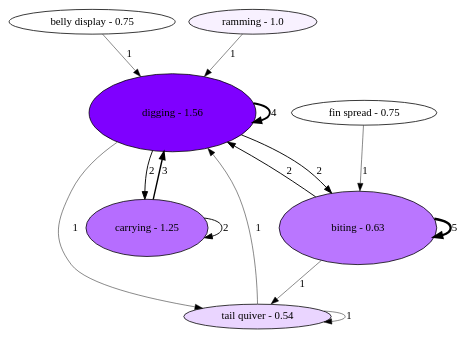
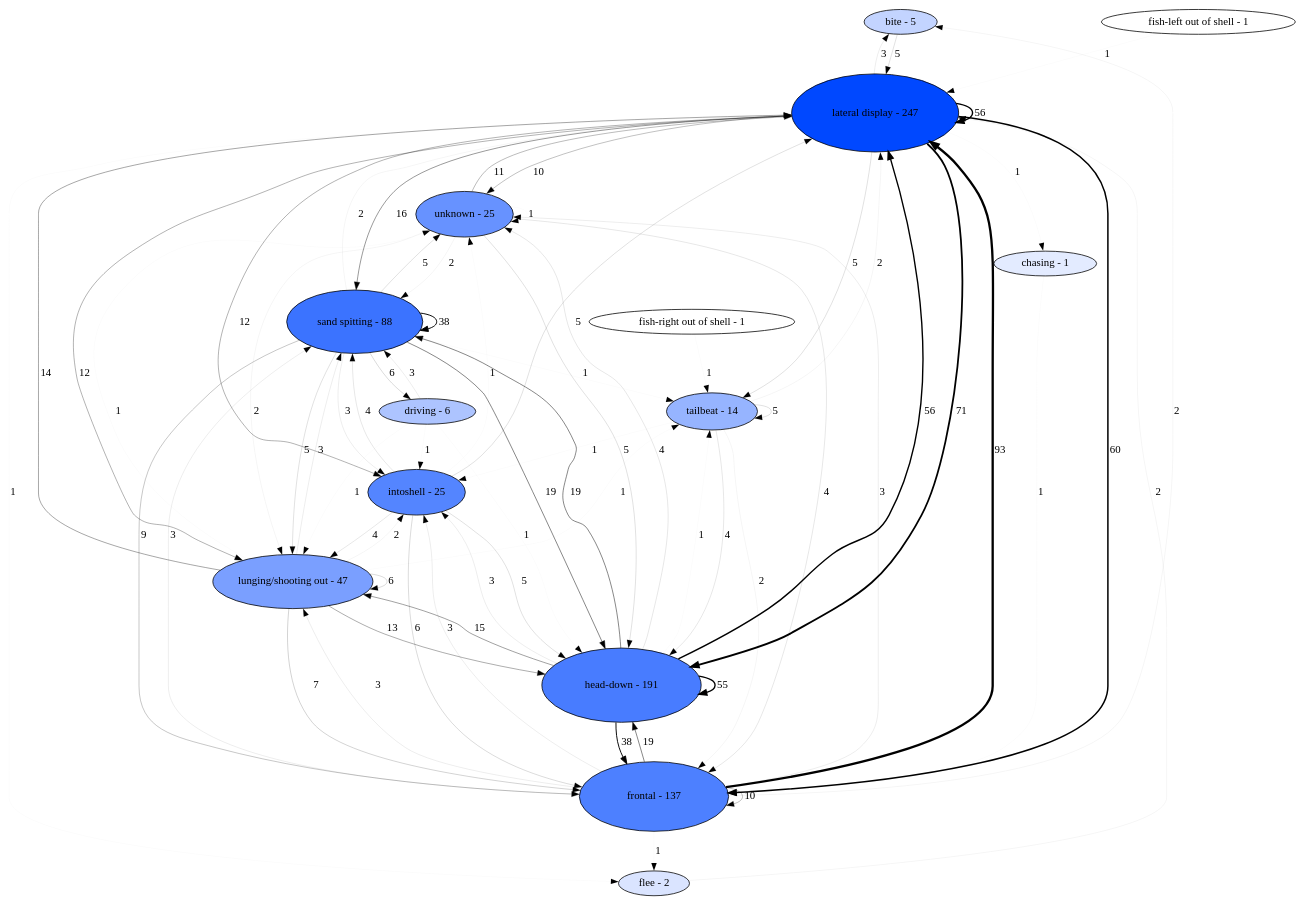
One commit to nicolkraus/AnalyzeBehavior changed the diagram in images/transitions.gv. Above: the diagram before and after it, drawn with Graphviz. The commit also changed 6 other files, not shown here.

```diff
--- a/images/transitions.gv
+++ b/images/transitions.gv
@@ -1,23 +1,87 @@
 digraph  {
-"belly display - 0.75" [fillcolor="0.75 0.0 1", height="0.0", style=filled, width="0.0"];
-"digging - 1.56" [fillcolor="0.75 1.0 1", height="1.4", style=filled, width="3.0"];
-"biting - 0.63" [fillcolor="0.75 0.5372006500864834 1", height="1.3249524825000603", style=filled, width="2.839183891071558"];
-"tail quiver - 0.54" [fillcolor="0.75 0.1616645890899504 1", height="0.44165082750002016", style=filled, width="0.9463946303571862"];
-"carrying - 1.25" [fillcolor="0.75 0.5699558974427669 1", height="1.0254814645025487", style=filled, width="2.19746028107689"];
-"fin spread - 0.75" [fillcolor="0.75 0.0 1", height="0.0", style=filled, width="0.0"];
-"ramming - 1.0" [fillcolor="0.75 0.05349235890997115 1", height="0.0", style=filled, width="0.0"];
-"belly display - 0.75" -> "digging - 1.56"  [label=1, penwidth="0.6000000000000001"];
-"digging - 1.56" -> "biting - 0.63"  [label=2, penwidth="1.2000000000000002"];
-"digging - 1.56" -> "carrying - 1.25"  [label=2, penwidth="1.2000000000000002"];
-"digging - 1.56" -> "digging - 1.56"  [label=4, penwidth="2.4000000000000004"];
-"digging - 1.56" -> "tail quiver - 0.54"  [label=1, penwidth="0.6000000000000001"];
-"biting - 0.63" -> "biting - 0.63"  [label=5, penwidth="3.0"];
-"biting - 0.63" -> "digging - 1.56"  [label=2, penwidth="1.2000000000000002"];
-"biting - 0.63" -> "tail quiver - 0.54"  [label=1, penwidth="0.6000000000000001"];
-"tail quiver - 0.54" -> "digging - 1.56"  [label=1, penwidth="0.6000000000000001"];
-"tail quiver - 0.54" -> "tail quiver - 0.54"  [label=1, penwidth="0.6000000000000001"];
-"carrying - 1.25" -> "carrying - 1.25"  [label=2, penwidth="1.2000000000000002"];
-"carrying - 1.25" -> "digging - 1.56"  [label=3, penwidth="1.7999999999999998"];
-"fin spread - 0.75" -> "biting - 0.63"  [label=1, penwidth="0.6000000000000001"];
-"ramming - 1.0" -> "digging - 1.56"  [label=1, penwidth="0.6000000000000001"];
+"bite - 5" [fillcolor="0.6194444444444445 0.23460980592076922 1", height="0.4089769934037396", style=filled, width="0.8763792715794421"];
+"lateral display - 247" [fillcolor="0.6194444444444445 1.0 1", height="1.4", style=filled, width="3.0"];
+"chasing - 1" [fillcolor="0.6194444444444445 0.10638000034776231 1", height="0.0", style=filled, width="0.0"];
+"frontal - 137" [fillcolor="0.6194444444444445 0.6942382155338318 1", height="1.250224684719749", style=filled, width="2.6790528958280335"];
+"driving - 6" [fillcolor="0.6194444444444445 0.32039363347958144 1", height="0.455307032949974", style=filled, width="0.9756579277499443"];
+"head-down - 191" [fillcolor="0.6194444444444445 0.7159516264311926 1", height="1.3346640951735487", style=filled, width="2.8599944896576046"];
+"intoshell - 25" [fillcolor="0.6194444444444445 0.6669990191860939 1", height="0.8179539868074792", style=filled, width="1.7527585431588841"];
+"lunging/shooting out - 47" [fillcolor="0.6194444444444445 0.521376944768488 1", height="0.9783675270371591", style=filled, width="2.0965018436510556"];
+"sand spitting - 88" [fillcolor="0.6194444444444445 0.7654759743606253 1", height="1.1377436399965202", style=filled, width="2.4380220857068293"];
+"fish-left out of shell - 1" [fillcolor="0.6194444444444445 0.0 1", height="0.0", style=filled, width="0.0"];
+"fish-right out of shell - 1" [fillcolor="0.6194444444444445 0.0 1", height="0.0", style=filled, width="0.0"];
+"tailbeat - 14" [fillcolor="0.6194444444444445 0.40919505060510486 1", height="0.6706153270950386", style=filled, width="1.4370328437750828"];
+"flee - 2" [fillcolor="0.6194444444444445 0.14411890605811684 1", height="0.17613680385032734", style=filled, width="0.37743600825070145"];
+"unknown - 25" [fillcolor="0.6194444444444445 0.5939197308744592 1", height="0.8179539868074792", style=filled, width="1.7527585431588841"];
+"bite - 5" -> "lateral display - 247"  [label=5, penwidth="0.16129032258064516"];
+"lateral display - 247" -> "bite - 5"  [label=3, penwidth="0.0967741935483871"];
+"lateral display - 247" -> "chasing - 1"  [label=1, penwidth="0.03225806451612903"];
+"lateral display - 247" -> "flee - 2"  [label=1, penwidth="0.03225806451612903"];
+"lateral display - 247" -> "frontal - 137"  [label=60, penwidth="1.935483870967742"];
+"lateral display - 247" -> "head-down - 191"  [label=71, penwidth="2.290322580645161"];
+"lateral display - 247" -> "intoshell - 25"  [label=12, penwidth="0.3870967741935484"];
+"lateral display - 247" -> "lateral display - 247"  [label=56, penwidth="1.806451612903226"];
+"lateral display - 247" -> "lunging/shooting out - 47"  [label=12, penwidth="0.3870967741935484"];
+"lateral display - 247" -> "sand spitting - 88"  [label=16, penwidth="0.5161290322580645"];
+"lateral display - 247" -> "tailbeat - 14"  [label=5, penwidth="0.16129032258064516"];
+"lateral display - 247" -> "unknown - 25"  [label=10, penwidth="0.3225806451612903"];
+"chasing - 1" -> "frontal - 137"  [label=1, penwidth="0.03225806451612903"];
+"frontal - 137" -> "bite - 5"  [label=2, penwidth="0.06451612903225806"];
+"frontal - 137" -> "flee - 2"  [label=1, penwidth="0.03225806451612903"];
+"frontal - 137" -> "frontal - 137"  [label=10, penwidth="0.3225806451612903"];
+"frontal - 137" -> "head-down - 191"  [label=19, penwidth="0.6129032258064516"];
+"frontal - 137" -> "intoshell - 25"  [label=3, penwidth="0.0967741935483871"];
+"frontal - 137" -> "lateral display - 247"  [label=93, penwidth="3.0"];
+"frontal - 137" -> "lunging/shooting out - 47"  [label=3, penwidth="0.0967741935483871"];
+"frontal - 137" -> "sand spitting - 88"  [label=3, penwidth="0.0967741935483871"];
+"frontal - 137" -> "unknown - 25"  [label=3, penwidth="0.0967741935483871"];
+"driving - 6" -> "head-down - 191"  [label=1, penwidth="0.03225806451612903"];
+"driving - 6" -> "intoshell - 25"  [label=1, penwidth="0.03225806451612903"];
+"driving - 6" -> "lunging/shooting out - 47"  [label=1, penwidth="0.03225806451612903"];
+"driving - 6" -> "sand spitting - 88"  [label=3, penwidth="0.0967741935483871"];
+"head-down - 191" -> "frontal - 137"  [label=38, penwidth="1.2258064516129032"];
+"head-down - 191" -> "head-down - 191"  [label=55, penwidth="1.774193548387097"];
+"head-down - 191" -> "intoshell - 25"  [label=3, penwidth="0.0967741935483871"];
+"head-down - 191" -> "lateral display - 247"  [label=56, penwidth="1.806451612903226"];
+"head-down - 191" -> "lunging/shooting out - 47"  [label=15, penwidth="0.4838709677419355"];
+"head-down - 191" -> "sand spitting - 88"  [label=19, penwidth="0.6129032258064516"];
+"head-down - 191" -> "tailbeat - 14"  [label=1, penwidth="0.03225806451612903"];
+"head-down - 191" -> "unknown - 25"  [label=4, penwidth="0.12903225806451613"];
+"intoshell - 25" -> "frontal - 137"  [label=6, penwidth="0.1935483870967742"];
+"intoshell - 25" -> "head-down - 191"  [label=5, penwidth="0.16129032258064516"];
+"intoshell - 25" -> "lateral display - 247"  [label=5, penwidth="0.16129032258064516"];
+"intoshell - 25" -> "lunging/shooting out - 47"  [label=4, penwidth="0.12903225806451613"];
+"intoshell - 25" -> "sand spitting - 88"  [label=4, penwidth="0.12903225806451613"];
+"intoshell - 25" -> "unknown - 25"  [label=1, penwidth="0.03225806451612903"];
+"lunging/shooting out - 47" -> "frontal - 137"  [label=7, penwidth="0.22580645161290325"];
+"lunging/shooting out - 47" -> "head-down - 191"  [label=13, penwidth="0.4193548387096774"];
+"lunging/shooting out - 47" -> "intoshell - 25"  [label=2, penwidth="0.06451612903225806"];
+"lunging/shooting out - 47" -> "lateral display - 247"  [label=14, penwidth="0.4516129032258065"];
+"lunging/shooting out - 47" -> "lunging/shooting out - 47"  [label=6, penwidth="0.1935483870967742"];
+"lunging/shooting out - 47" -> "sand spitting - 88"  [label=3, penwidth="0.0967741935483871"];
+"lunging/shooting out - 47" -> "tailbeat - 14"  [label=1, penwidth="0.03225806451612903"];
+"lunging/shooting out - 47" -> "unknown - 25"  [label=1, penwidth="0.03225806451612903"];
+"sand spitting - 88" -> "driving - 6"  [label=6, penwidth="0.1935483870967742"];
+"sand spitting - 88" -> "frontal - 137"  [label=9, penwidth="0.29032258064516125"];
+"sand spitting - 88" -> "head-down - 191"  [label=19, penwidth="0.6129032258064516"];
+"sand spitting - 88" -> "intoshell - 25"  [label=3, penwidth="0.0967741935483871"];
+"sand spitting - 88" -> "lateral display - 247"  [label=2, penwidth="0.06451612903225806"];
+"sand spitting - 88" -> "lunging/shooting out - 47"  [label=5, penwidth="0.16129032258064516"];
+"sand spitting - 88" -> "sand spitting - 88"  [label=38, penwidth="1.2258064516129032"];
+"sand spitting - 88" -> "tailbeat - 14"  [label=1, penwidth="0.03225806451612903"];
+"sand spitting - 88" -> "unknown - 25"  [label=5, penwidth="0.16129032258064516"];
+"fish-left out of shell - 1" -> "lateral display - 247"  [label=1, penwidth="0.03225806451612903"];
+"fish-right out of shell - 1" -> "tailbeat - 14"  [label=1, penwidth="0.03225806451612903"];
+"tailbeat - 14" -> "frontal - 137"  [label=2, penwidth="0.06451612903225806"];
+"tailbeat - 14" -> "head-down - 191"  [label=4, penwidth="0.12903225806451613"];
+"tailbeat - 14" -> "intoshell - 25"  [label=1, penwidth="0.03225806451612903"];
+"tailbeat - 14" -> "lateral display - 247"  [label=2, penwidth="0.06451612903225806"];
+"tailbeat - 14" -> "tailbeat - 14"  [label=5, penwidth="0.16129032258064516"];
+"flee - 2" -> "lateral display - 247"  [label=2, penwidth="0.06451612903225806"];
+"unknown - 25" -> "frontal - 137"  [label=4, penwidth="0.12903225806451613"];
+"unknown - 25" -> "head-down - 191"  [label=5, penwidth="0.16129032258064516"];
+"unknown - 25" -> "lateral display - 247"  [label=11, penwidth="0.3548387096774194"];
+"unknown - 25" -> "lunging/shooting out - 47"  [label=2, penwidth="0.06451612903225806"];
+"unknown - 25" -> "sand spitting - 88"  [label=2, penwidth="0.06451612903225806"];
+"unknown - 25" -> "unknown - 25"  [label=1, penwidth="0.03225806451612903"];
 }
```
